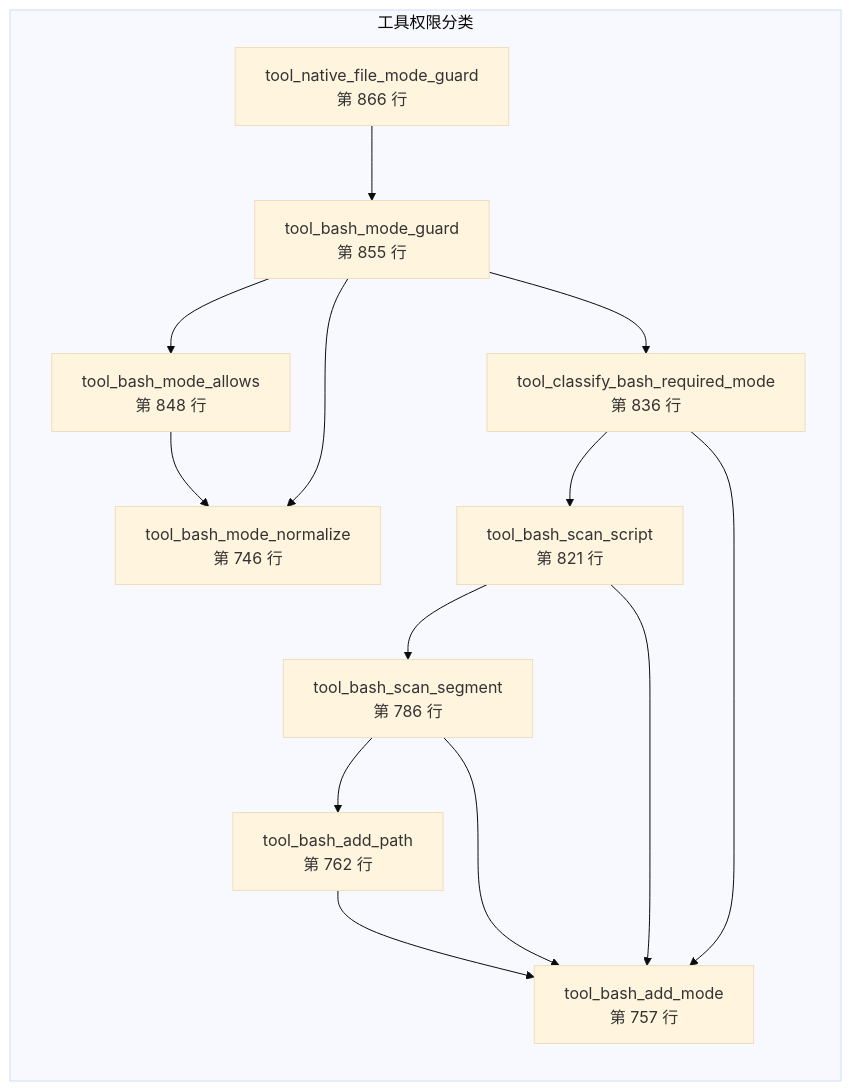
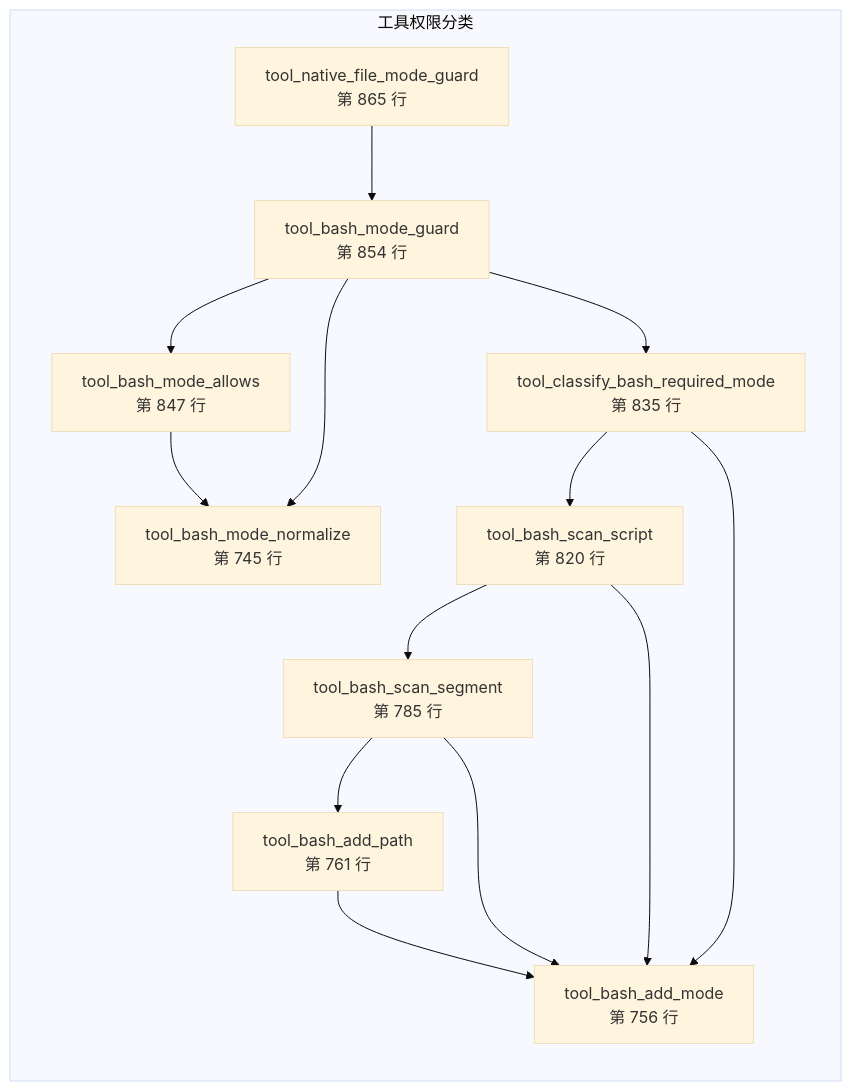
The tenth of 15 diagrams in docs/bash-data-flow.md (lloydzhou/bash-agent), drawn with Mermaid (base theme) before and after one commit. The commit also changed other lines of this file and 1 other file, not shown here.

````diff
--- a/docs/bash-data-flow.md
+++ b/docs/bash-data-flow.md
@@ -407,26 +407,26 @@
 ```mermaid
 flowchart LR
   subgraph mod_8["工具权限分类"]
-    f_tool_bash_mode_normalize["tool_bash_mode_normalize<br/>第 746 行"]
-    f_tool_bash_add_mode["tool_bash_add_mode<br/>第 757 行"]
-    f_tool_bash_add_path["tool_bash_add_path<br/>第 762 行"]
-    f_tool_bash_scan_segment["tool_bash_scan_segment<br/>第 786 行"]
-    f_tool_bash_scan_script["tool_bash_scan_script<br/>第 821 行"]
-    f_tool_classify_bash_required_mode["tool_classify_bash_required_mode<br/>第 836 行"]
-    f_tool_bash_mode_allows["tool_bash_mode_allows<br/>第 848 行"]
-    f_tool_bash_mode_guard["tool_bash_mode_guard<br/>第 855 行"]
-    f_tool_native_file_mode_guard["tool_native_file_mode_guard<br/>第 866 行"]
+    f_tool_bash_mode_normalize["tool_bash_mode_normalize<br/>第 745 行"]
+    f_tool_bash_add_mode["tool_bash_add_mode<br/>第 756 行"]
+    f_tool_bash_add_path["tool_bash_add_path<br/>第 761 行"]
+    f_tool_bash_scan_segment["tool_bash_scan_segment<br/>第 785 行"]
+    f_tool_bash_scan_script["tool_bash_scan_script<br/>第 820 行"]
+    f_tool_classify_bash_required_mode["tool_classify_bash_required_mode<br/>第 835 行"]
+    f_tool_bash_mode_allows["tool_bash_mode_allows<br/>第 847 行"]
+    f_tool_bash_mode_guard["tool_bash_mode_guard<br/>第 854 行"]
+    f_tool_native_file_mode_guard["tool_native_file_mode_guard<br/>第 865 行"]
   end
   f_tool_bash_add_path --> f_tool_bash_add_mode
   f_tool_bash_scan_segment --> f_tool_bash_add_mode
   f_tool_bash_scan_segment --> f_tool_bash_add_path
   f_tool_bash_scan_script --> f_tool_bash_add_mode
   f_tool_bash_scan_script --> f_tool_bash_scan_segment
   f_tool_classify_bash_required_mode --> f_tool_bash_scan_script
   f_tool_classify_bash_required_mode --> f_tool_bash_add_mode
   f_tool_bash_mode_allows --> f_tool_bash_mode_normalize
   f_tool_bash_mode_guard --> f_tool_bash_mode_normalize
   f_tool_bash_mode_guard --> f_tool_classify_bash_required_mode
   f_tool_bash_mode_guard --> f_tool_bash_mode_allows
   f_tool_native_file_mode_guard --> f_tool_bash_mode_guard
 ```
````
